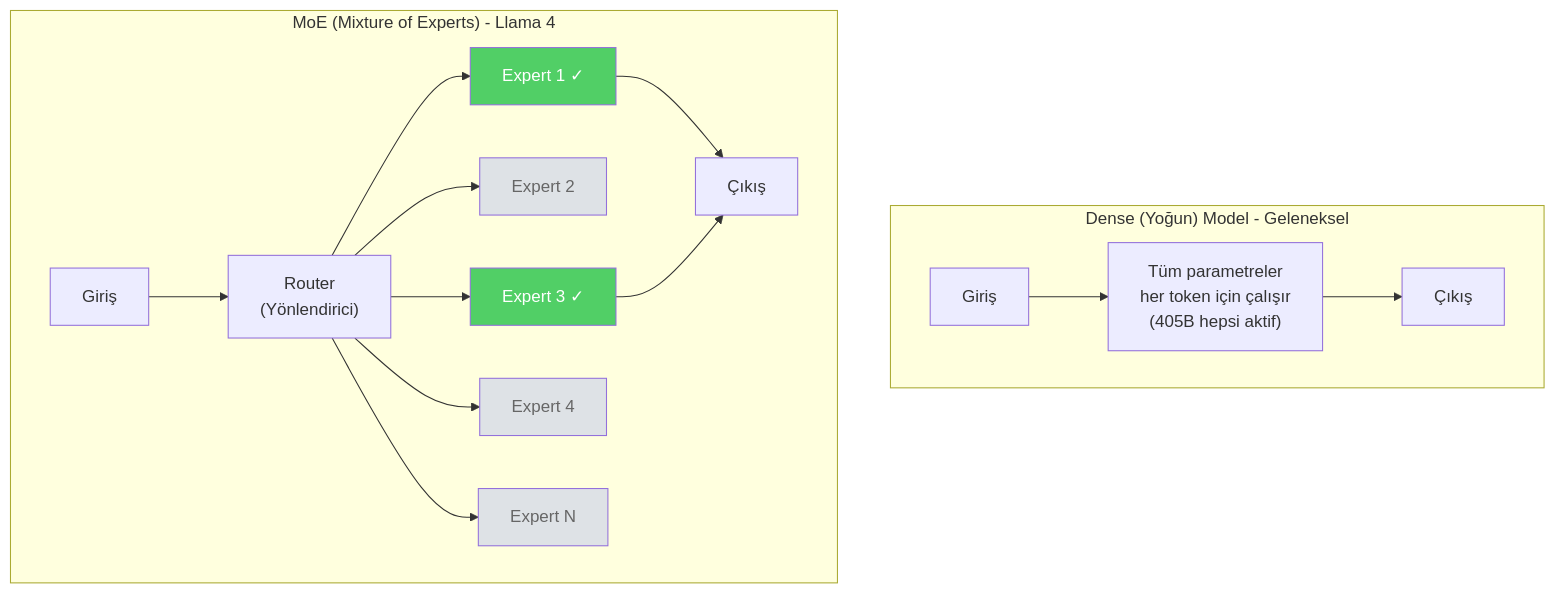
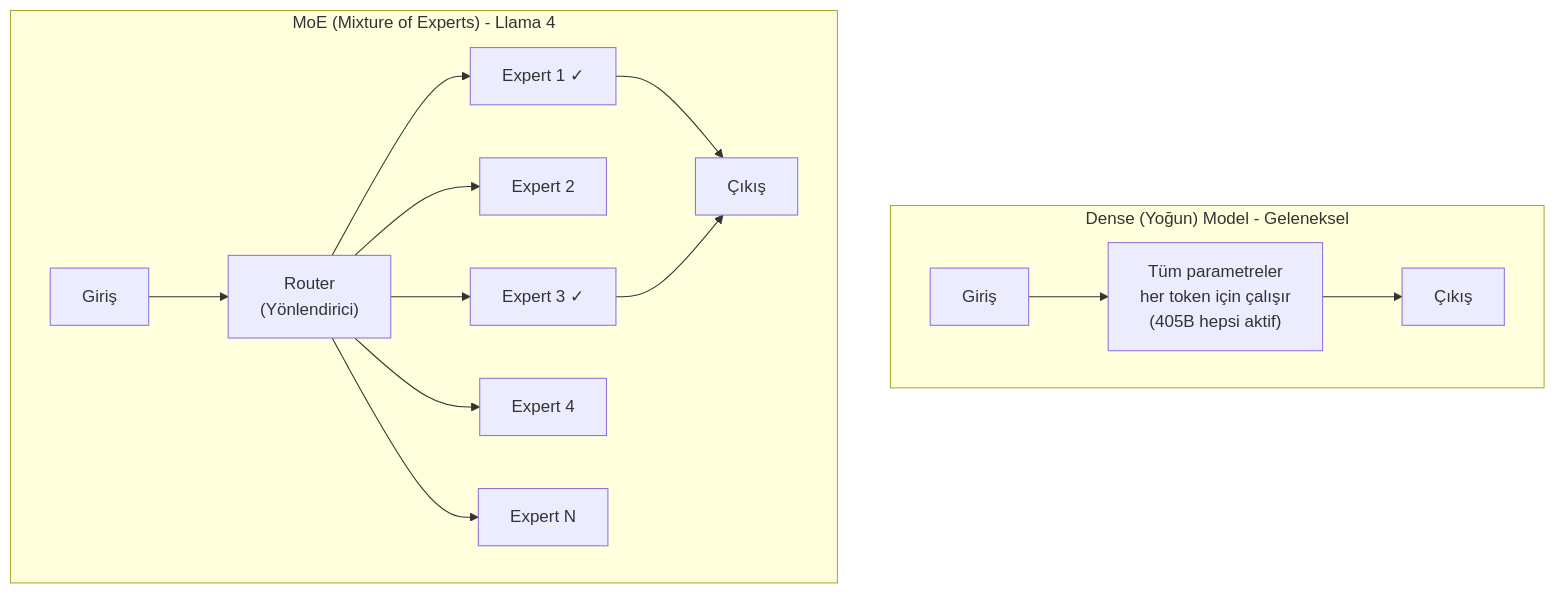
Before and after one commit to IzzetYasinAtes/ClaudeCodeHandbook: the third of 6 diagrams in 03-llm-saglayicilari/04-meta-ve-llama.md, drawn with Mermaid. The commit also changed other lines of this file and 97 other files, not shown here.

Commit message:
Remove all custom Mermaid style/fill colors from 98 markdown files for consistent dark theme rendering

````diff
--- a/03-llm-saglayicilari/04-meta-ve-llama.md
+++ b/03-llm-saglayicilari/04-meta-ve-llama.md
@@ -74,24 +72,19 @@
 ```mermaid
 flowchart TD
     subgraph dense ["Dense (Yoğun) Model - Geleneksel"]
         D_IN["Giriş"] --> D_ALL["Tüm parametreler<br/>her token için çalışır<br/>(405B hepsi aktif)"]
         D_ALL --> D_OUT["Çıkış"]
     end
 
     subgraph moe ["MoE (Mixture of Experts) - Llama 4"]
         M_IN["Giriş"] --> ROUTER["Router<br/>(Yönlendirici)"]
         ROUTER --> E1["Expert 1 ✓"]
         ROUTER --> E2["Expert 2"]
         ROUTER --> E3["Expert 3 ✓"]
         ROUTER --> E4["Expert 4"]
         ROUTER --> EN["Expert N"]
         E1 --> M_OUT["Çıkış"]
         E3 --> M_OUT
     end
 
-    style E1 fill:#51cf66,color:#fff
-    style E3 fill:#51cf66,color:#fff
-    style E2 fill:#dee2e6,color:#666
-    style E4 fill:#dee2e6,color:#666
-    style EN fill:#dee2e6,color:#666
 ```
````
